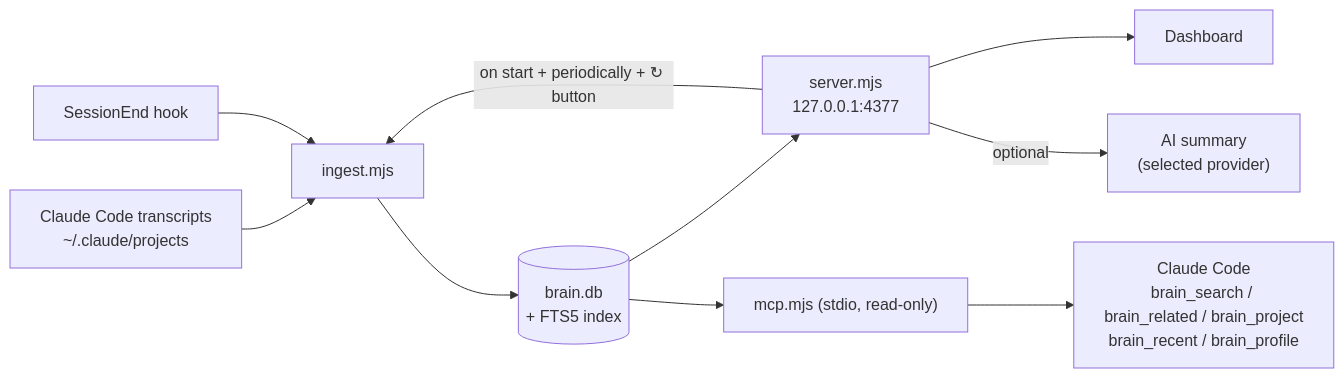
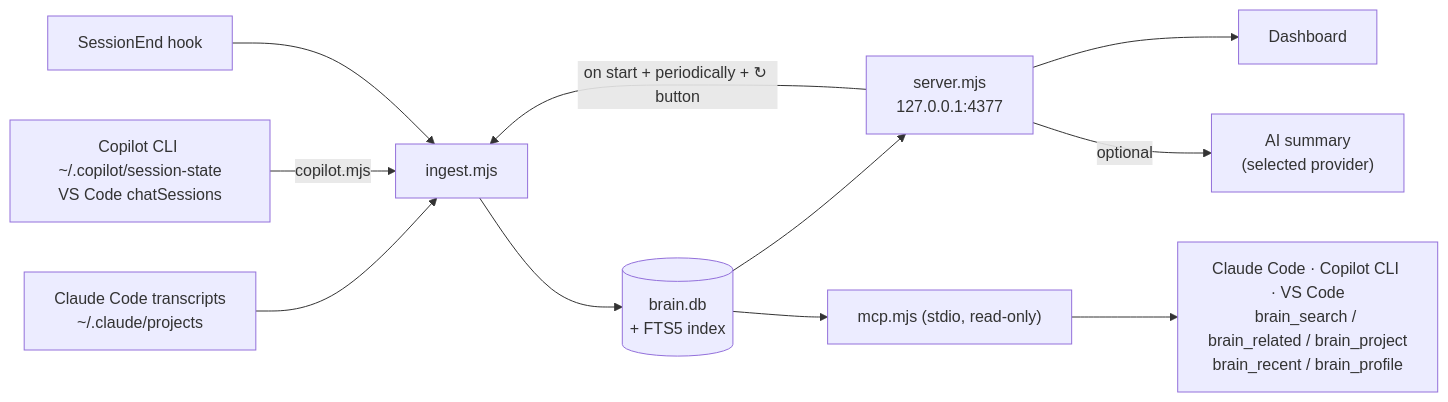
One commit to hienct-fpt/personal-brain changed the third of 4 diagrams in README.md. Above: the diagram before and after it, drawn with Mermaid. The commit also changed other lines of this file and 13 other files, not shown here.

First line of the commit message:
Add GitHub Copilot support: CLI + VS Code Chat ingest, MCP for Copilot

````diff
--- a/README.md
+++ b/README.md
@@ -170,10 +182,11 @@
 ```mermaid
 flowchart LR
   T["Claude Code transcripts<br/>~/.claude/projects"] --> I["ingest.mjs"]
+  CP["Copilot CLI ~/.copilot/session-state<br/>VS Code chatSessions"] -->|"copilot.mjs"| I
   H["SessionEnd hook"] --> I
   I --> DB[("brain.db<br/>+ FTS5 index")]
   DB --> S["server.mjs<br/>127.0.0.1:4377"] --> UI["Dashboard"]
   S -->|"on start + periodically + ↻ button"| I
   S -->|"optional"| AI["AI summary<br/>(selected provider)"]
-  DB --> M["mcp.mjs (stdio, read-only)"] --> CC["Claude Code<br/>brain_search / brain_related / brain_project<br/>brain_recent / brain_profile"]
+  DB --> M["mcp.mjs (stdio, read-only)"] --> CC["Claude Code · Copilot CLI · VS Code<br/>brain_search / brain_related / brain_project<br/>brain_recent / brain_profile"]
 ```
````
